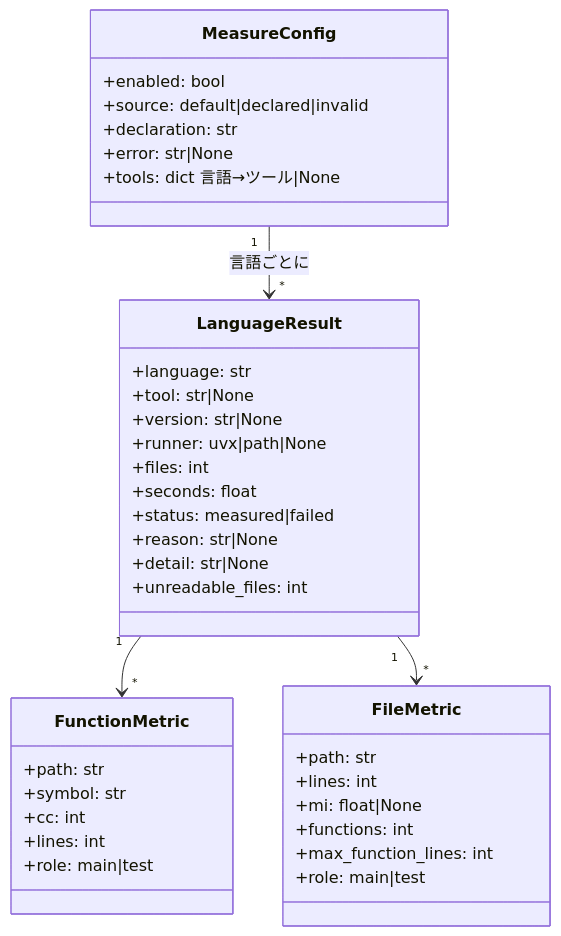
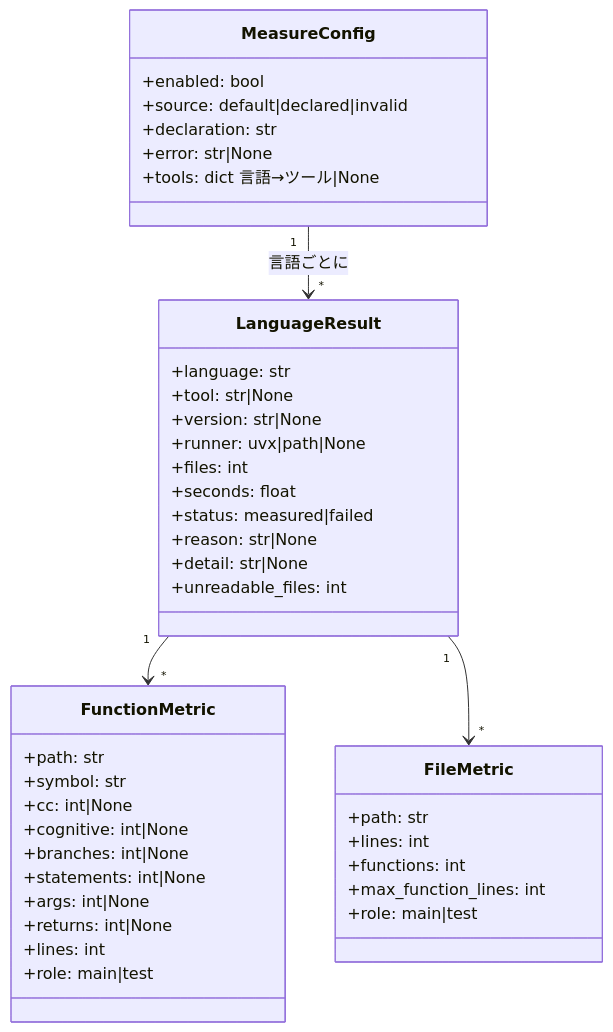
Before and after one commit to devbasex/ai-plugins: the fourth of 7 diagrams in issues/issue-1319-design.md, drawn with Mermaid. The commit also changed other lines of this file and 3 other files, not shown here.

````diff
--- a/issues/issue-1319-design.md
+++ b/issues/issue-1319-design.md
@@ -239,40 +241,44 @@
 ```mermaid
 classDiagram
     class MeasureConfig {
         +enabled: bool
         +source: default|declared|invalid
         +declaration: str
         +error: str|None
         +tools: dict 言語→ツール|None
     }
     class LanguageResult {
         +language: str
         +tool: str|None
         +version: str|None
         +runner: uvx|path|None
         +files: int
         +seconds: float
         +status: measured|failed
         +reason: str|None
         +detail: str|None
         +unreadable_files: int
     }
     class FunctionMetric {
         +path: str
         +symbol: str
-        +cc: int
+        +cc: int|None
+        +cognitive: int|None
+        +branches: int|None
+        +statements: int|None
+        +args: int|None
+        +returns: int|None
         +lines: int
         +role: main|test
     }
     class FileMetric {
         +path: str
         +lines: int
-        +mi: float|None
         +functions: int
         +max_function_lines: int
         +role: main|test
     }
     MeasureConfig "1" --> "*" LanguageResult : 言語ごとに
     LanguageResult "1" --> "*" FunctionMetric
     LanguageResult "1" --> "*" FileMetric
 ```
````
